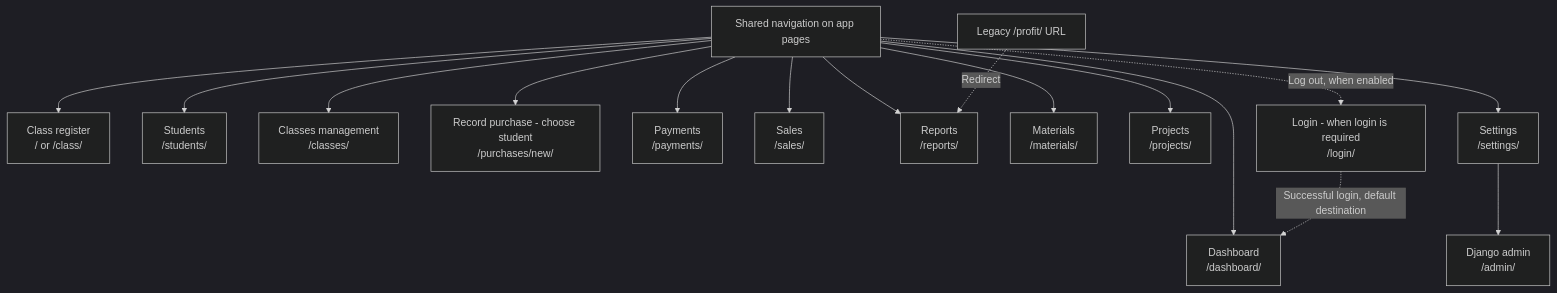
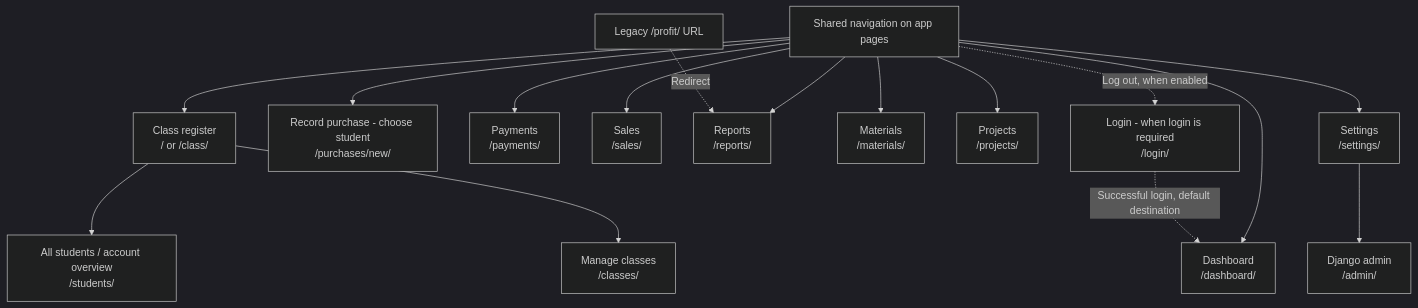
Before and after one commit to shug1062/liz_materials: the first of 4 diagrams in django_app/PAGE_MAP.md, drawn with Mermaid (dark theme). The commit also changed other lines of this file and 21 other files, not shown here.

````diff
--- a/django_app/PAGE_MAP.md
+++ b/django_app/PAGE_MAP.md
@@ -19,19 +20,19 @@
 ```mermaid
 flowchart TB
     Menu["Shared navigation on app pages"]
     Menu --> Register["Class register<br/>/ or /class/"]
     Menu --> Dashboard["Dashboard<br/>/dashboard/"]
-    Menu --> Students["Students<br/>/students/"]
-    Menu --> Classes["Classes management<br/>/classes/"]
+    Register --> Students["All students / account overview<br/>/students/"]
+    Register --> Classes["Manage classes<br/>/classes/"]
     Menu --> Purchase["Record purchase - choose student<br/>/purchases/new/"]
     Menu --> Payments["Payments<br/>/payments/"]
     Menu --> Sales["Sales<br/>/sales/"]
     Menu --> Reports["Reports<br/>/reports/"]
     Menu --> Materials["Materials<br/>/materials/"]
     Menu --> Projects["Projects<br/>/projects/"]
     Menu --> Settings["Settings<br/>/settings/"]
     Settings --> Admin["Django admin<br/>/admin/"]
     Login["Login - when login is required<br/>/login/"] -.->|Successful login, default destination| Dashboard
     Menu -.->|Log out, when enabled| Login
     Legacy["Legacy /profit/ URL"] -.->|Redirect| Reports
 ```
````
